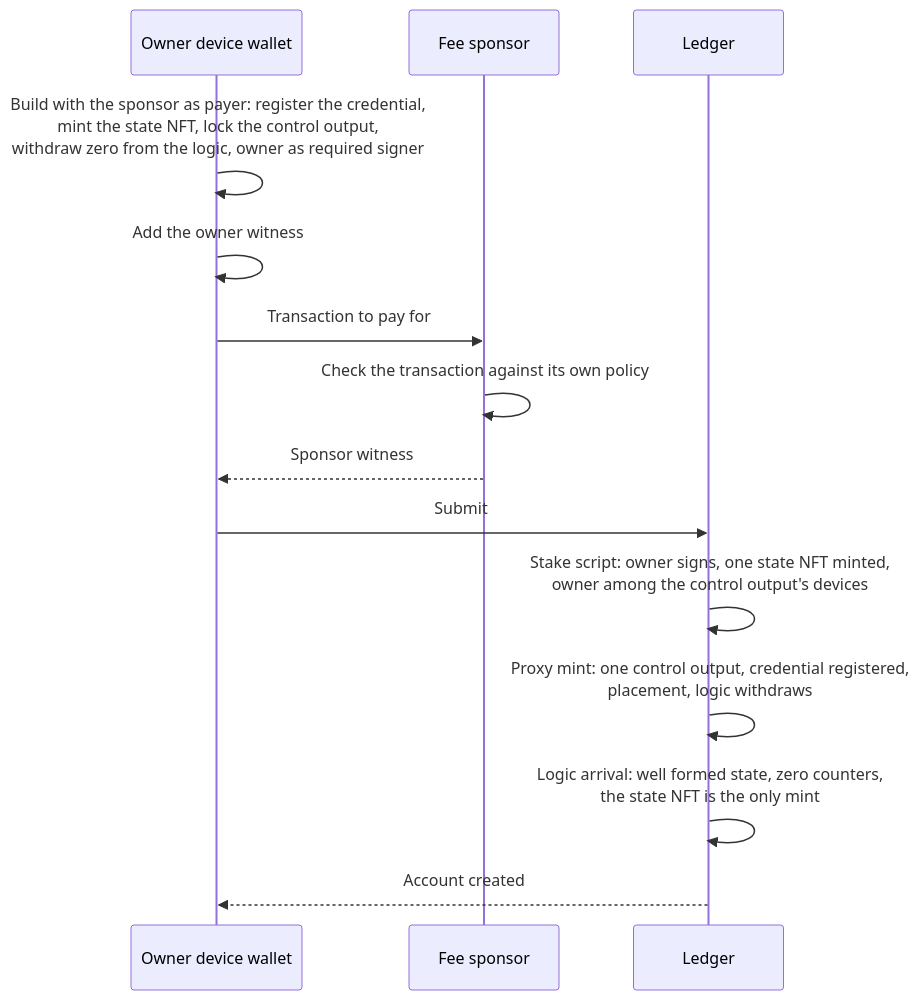
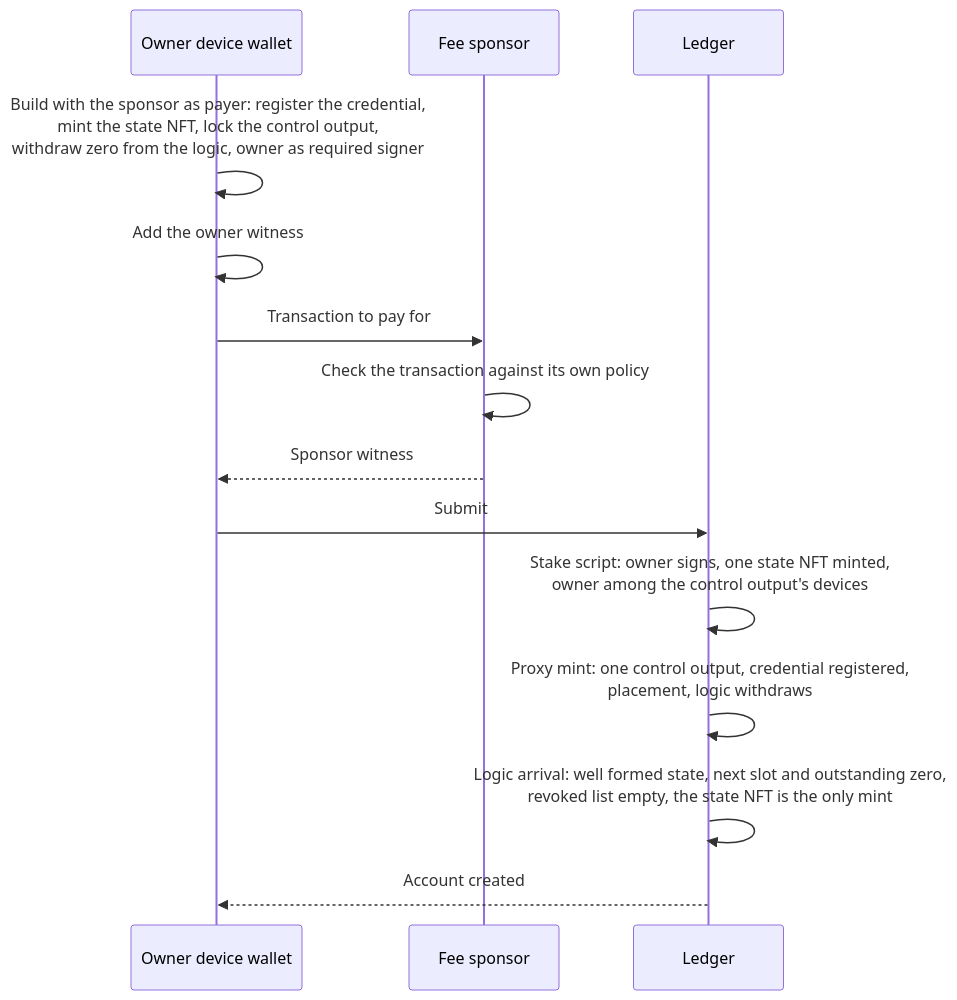
One commit to Biglup/cardano-account-custody-contract changed the first of 3 diagrams in docs/protocol/transactions.md. Above: the diagram before and after it, drawn with Mermaid. The commit also changed other lines of this file and 7 other files, not shown here.

````diff
--- a/docs/protocol/transactions.md
+++ b/docs/protocol/transactions.md
@@ -135,16 +136,16 @@
 ```mermaid
 sequenceDiagram
     participant W as Owner device wallet
     participant S as Fee sponsor
     participant L as Ledger
     W->>W: Build with the sponsor as payer: register the credential,<br/>mint the state NFT, lock the control output,<br/>withdraw zero from the logic, owner as required signer
     W->>W: Add the owner witness
     W->>S: Transaction to pay for
     S->>S: Check the transaction against its own policy
     S-->>W: Sponsor witness
     W->>L: Submit
     L->>L: Stake script: owner signs, one state NFT minted,<br/>owner among the control output's devices
     L->>L: Proxy mint: one control output, credential registered,<br/>placement, logic withdraws
-    L->>L: Logic arrival: well formed state, zero counters,<br/>the state NFT is the only mint
+    L->>L: Logic arrival: well formed state, next slot and outstanding zero,<br/>revoked list empty, the state NFT is the only mint
     L-->>W: Account created
 ```
````
